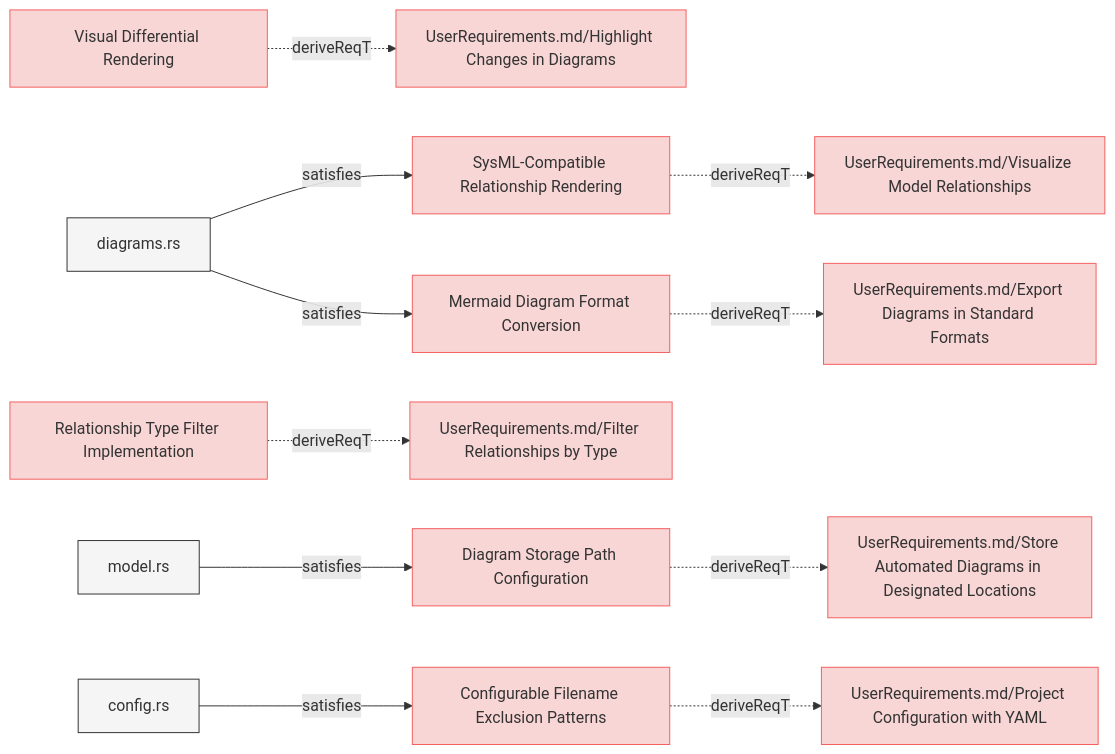
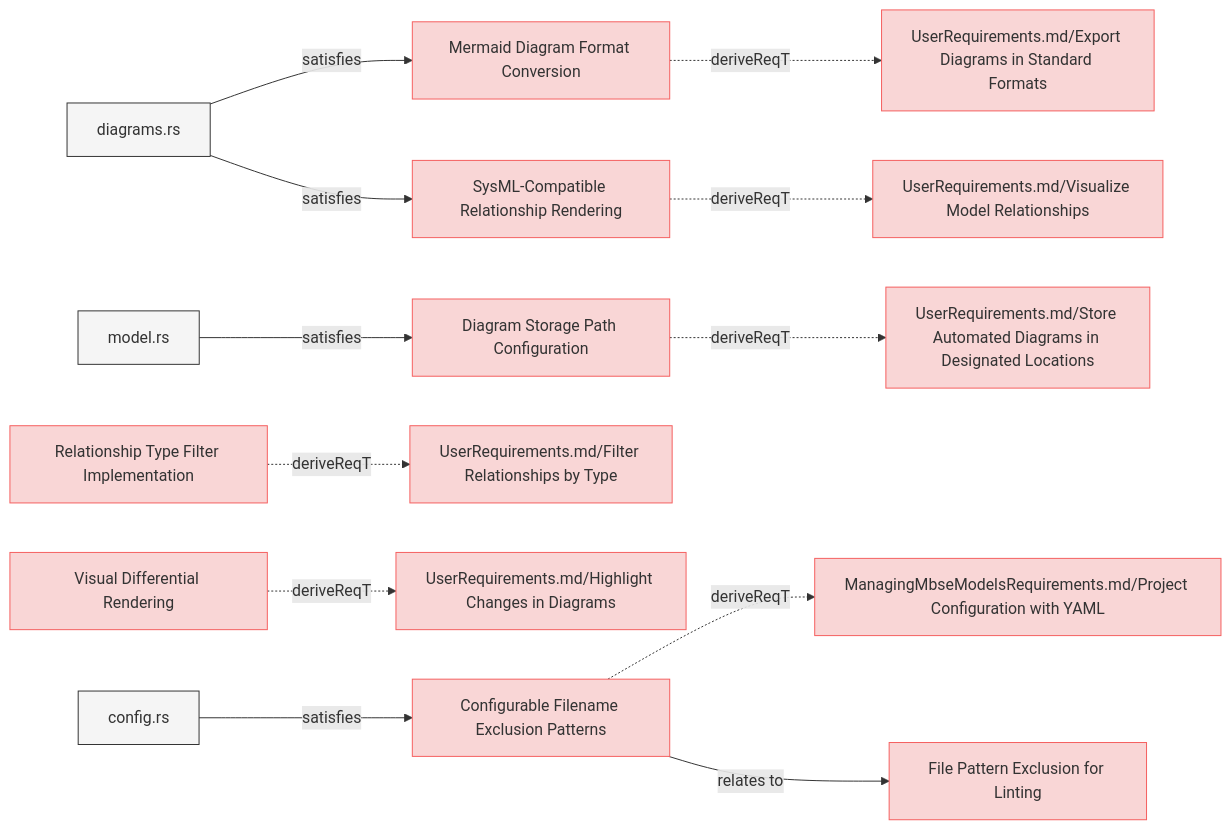
The fifth of 8 diagrams in specifications/SystemRequirements/Requirements.md (reqvire-org/reqvire), drawn with Mermaid before and after one commit. The commit also changed other lines of this file and 11 other files, not shown here.

````diff
--- a/specifications/SystemRequirements/Requirements.md
+++ b/specifications/SystemRequirements/Requirements.md
@@ -597,63 +586,68 @@
 ```mermaid
 graph LR;
   %% Graph styling
   classDef requirement fill:#f9d6d6,stroke:#f55f5f,stroke-width:1px;
   classDef verification fill:#d6f9d6,stroke:#5fd75f,stroke-width:1px;
   classDef externalLink fill:#d0e0ff,stroke:#3080ff,stroke-width:1px;
   classDef default fill:#f5f5f5,stroke:#333333,stroke-width:1px;
-  9860815d52["Visual Differential Rendering"];
-  click 9860815d52 "Requirements.md#visual-differential-rendering";
-  class 9860815d52 requirement;
-  fd7388e379["UserRequirements.md/Highlight Changes in Diagrams"];
-  class fd7388e379 requirement;
-  click fd7388e379 "../UserRequirements.md#highlight-changes-in-diagrams";
-  9860815d52 -.->|deriveReqT| fd7388e379;
+
+  a7ec66314a["Mermaid Diagram Format Conversion"];
+  click a7ec66314a "Requirements.md#mermaid-diagram-format-conversion";
+  class a7ec66314a requirement;
+  10c00a1bd1["UserRequirements.md/Export Diagrams in Standard Formats"];
+  class 10c00a1bd1 requirement;
+  click 10c00a1bd1 "../UserRequirements.md#export-diagrams-in-standard-formats";
+  a7ec66314a -.->|deriveReqT| 10c00a1bd1;
+  d9e753e4d8["diagrams.rs"];
+  class d9e753e4d8 default;
+  click d9e753e4d8 "../../src/diagrams.rs";
+  d9e753e4d8 -->|satisfies| a7ec66314a;
   c826c1ee7c["SysML-Compatible Relationship Rendering"];
   click c826c1ee7c "Requirements.md#sysml-compatible-relationship-rendering";
   class c826c1ee7c requirement;
   a6a8362836["UserRequirements.md/Visualize Model Relationships"];
   class a6a8362836 requirement;
   click a6a8362836 "../UserRequirements.md#visualize-model-relationships";
   c826c1ee7c -.->|deriveReqT| a6a8362836;
-  d9e753e4d8["diagrams.rs"];
-  class d9e753e4d8 default;
-  click d9e753e4d8 "../../src/diagrams.rs";
   d9e753e4d8 -->|satisfies| c826c1ee7c;
-  1414e7f889["Relationship Type Filter Implementation"];
-  click 1414e7f889 "Requirements.md#relationship-type-filter-implementation";
-  class 1414e7f889 requirement;
-  30d97803eb["UserRequirements.md/Filter Relationships by Type"];
-  class 30d97803eb requirement;
-  click 30d97803eb "../UserRequirements.md#filter-relationships-by-type";
-  1414e7f889 -.->|deriveReqT| 30d97803eb;
-  a7ec66314a["Mermaid Diagram Format Conversion"];
-  click a7ec66314a "Requirements.md#mermaid-diagram-format-conversion";
-  class a7ec66314a requirement;
-  10c00a1bd1["UserRequirements.md/Export Diagrams in Standard Formats"];
-  class 10c00a1bd1 requirement;
-  click 10c00a1bd1 "../UserRequirements.md#export-diagrams-in-standard-formats";
-  a7ec66314a -.->|deriveReqT| 10c00a1bd1;
-  d9e753e4d8 -->|satisfies| a7ec66314a;
   191d27287e["Diagram Storage Path Configuration"];
   click 191d27287e "Requirements.md#diagram-storage-path-configuration";
   class 191d27287e requirement;
   aee397f35b["UserRequirements.md/Store Automated Diagrams in Designated Locations"];
   class aee397f35b requirement;
   click aee397f35b "../UserRequirements.md#store-automated-diagrams-in-designated-locations";
   191d27287e -.->|deriveReqT| aee397f35b;
   74b4dd6a32["model.rs"];
   class 74b4dd6a32 default;
   click 74b4dd6a32 "../../src/model.rs";
   74b4dd6a32 -->|satisfies| 191d27287e;
+  1414e7f889["Relationship Type Filter Implementation"];
+  click 1414e7f889 "Requirements.md#relationship-type-filter-implementation";
+  class 1414e7f889 requirement;
+  30d97803eb["UserRequirements.md/Filter Relationships by Type"];
+  class 30d97803eb requirement;
+  click 30d97803eb "../UserRequirements.md#filter-relationships-by-type";
+  1414e7f889 -.->|deriveReqT| 30d97803eb;
+  9860815d52["Visual Differential Rendering"];
+  click 9860815d52 "Requirements.md#visual-differential-rendering";
+  class 9860815d52 requirement;
+  fd7388e379["UserRequirements.md/Highlight Changes in Diagrams"];
+  class fd7388e379 requirement;
+  click fd7388e379 "../UserRequirements.md#highlight-changes-in-diagrams";
+  9860815d52 -.->|deriveReqT| fd7388e379;
   cc8128cae3["Configurable Filename Exclusion Patterns"];
   click cc8128cae3 "Requirements.md#configurable-filename-exclusion-patterns";
   class cc8128cae3 requirement;
-  7430e12113["UserRequirements.md/Project Configuration with YAML"];
-  class 7430e12113 requirement;
-  click 7430e12113 "../UserRequirements.md#project-configuration-with-yaml";
-  cc8128cae3 -.->|deriveReqT| 7430e12113;
+  ce24dbacb9["ManagingMbseModelsRequirements.md/Project Configuration with YAML"];
+  class ce24dbacb9 requirement;
+  click ce24dbacb9 "../ManagingMbseModelsRequirements.md#project-configuration-with-yaml";
+  cc8128cae3 -.->|deriveReqT| ce24dbacb9;
   5adb6eb451["config.rs"];
   class 5adb6eb451 default;
   click 5adb6eb451 "../../src/config.rs";
   5adb6eb451 -->|satisfies| cc8128cae3;
+  45770e9b31["File Pattern Exclusion for Linting"];
+  class 45770e9b31 requirement;
+  click 45770e9b31 "Requirements.md#file-pattern-exclusion-for-linting";
+  cc8128cae3 -->|relates to| 45770e9b31;
 ```
````
